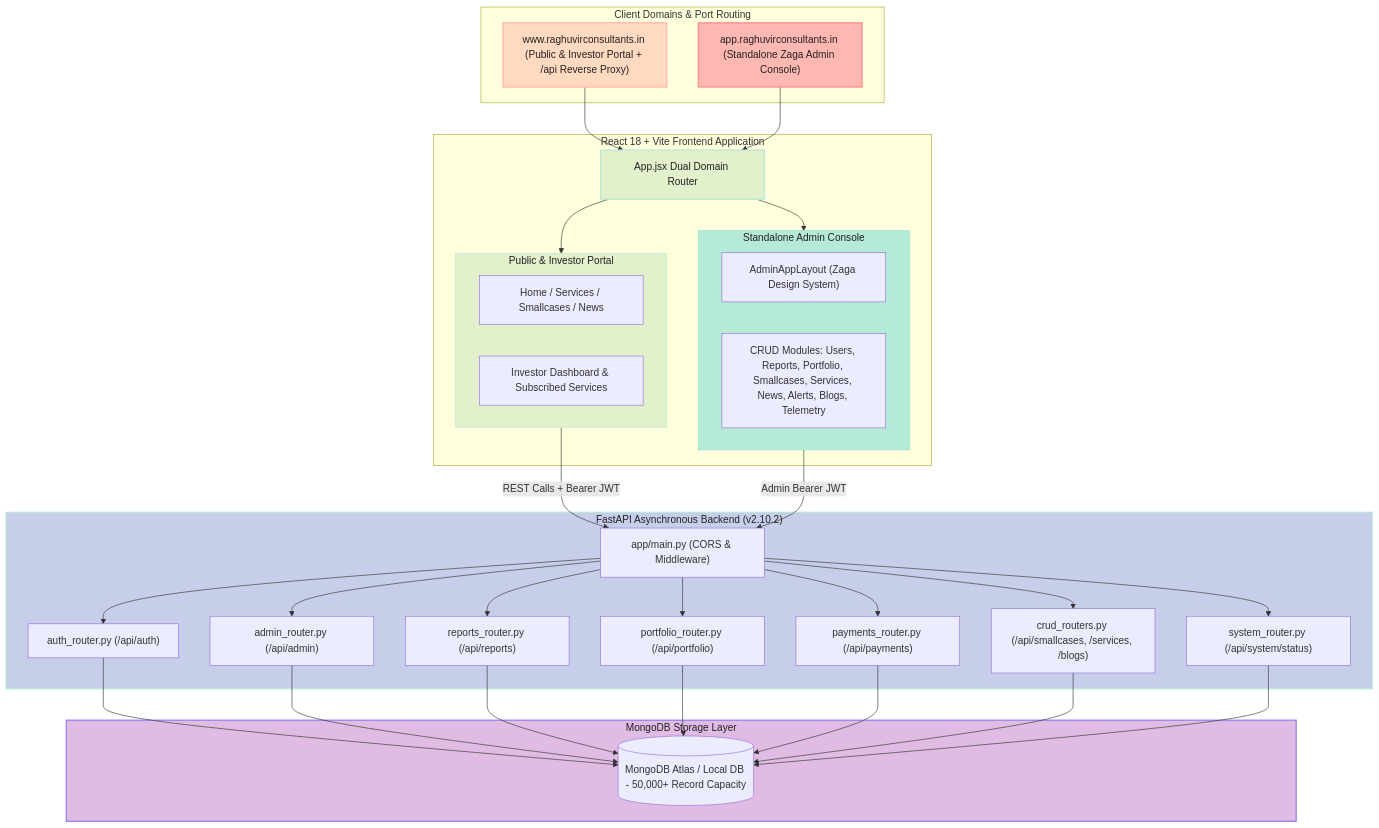
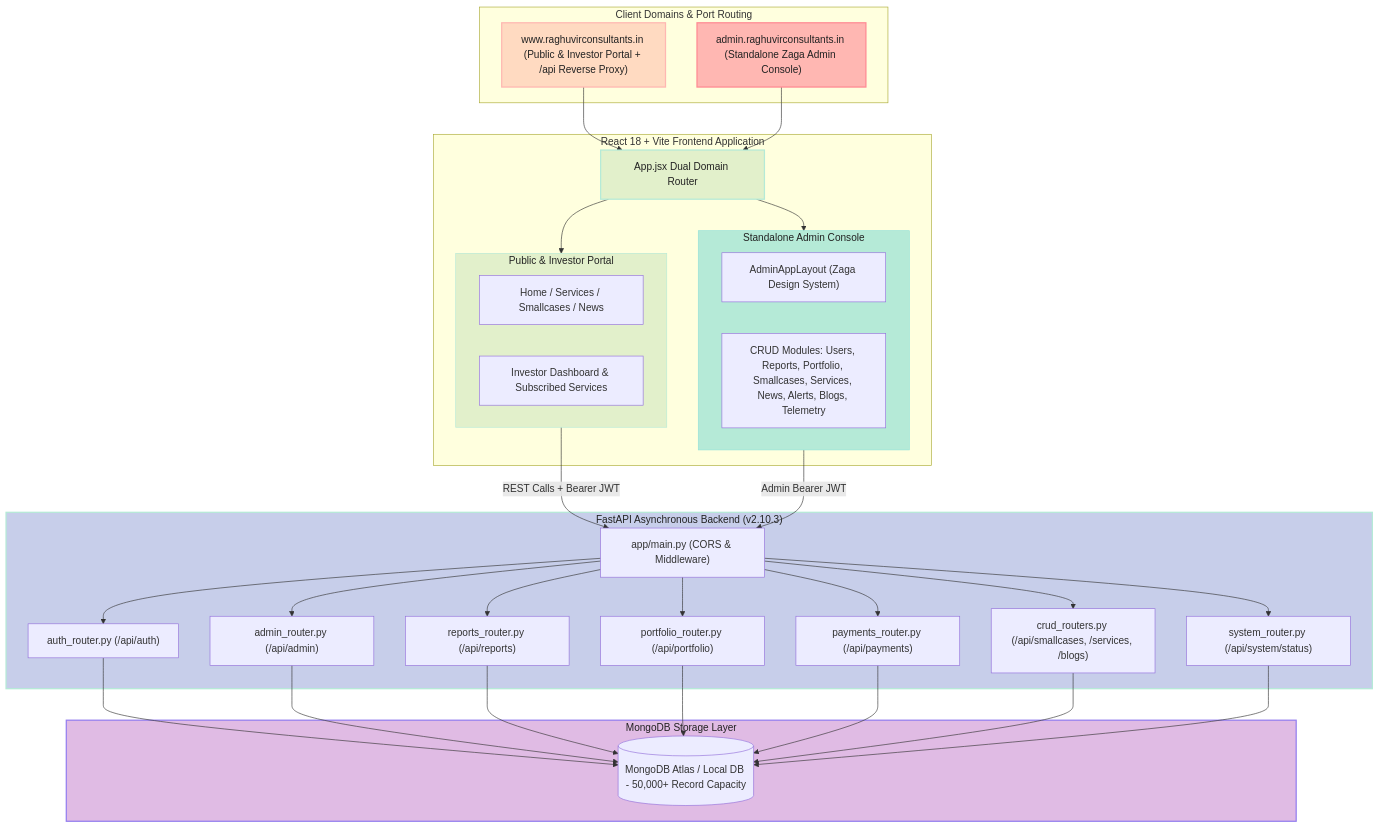
The first of 2 diagrams in backend/docs/ARCHITECTURE.md (tejasrsuthar/raghuvirconsultants-site), drawn with Mermaid before and after one commit. The commit also changed other lines of this file and 6 other files, not shown here.

Commit message:
feat(domain): switch admin production domain to https://admin.raghuvirconsultants.in, bump version to 2.10.3

````diff
--- a/backend/docs/ARCHITECTURE.md
+++ b/backend/docs/ARCHITECTURE.md
@@ -14,70 +14,70 @@
 ```mermaid
 graph TD
     subgraph ClientDomains["Client Domains & Port Routing"]
         PublicDomain["www.raghuvirconsultants.in (Public & Investor Portal + /api Reverse Proxy)"]
-        AdminDomain["app.raghuvirconsultants.in (Standalone Zaga Admin Console)"]
+        AdminDomain["admin.raghuvirconsultants.in (Standalone Zaga Admin Console)"]
     end
 
     subgraph ReactFrontend["React 18 + Vite Frontend Application"]
         AppRouter["App.jsx Dual Domain Router"]
         
         subgraph PublicPortal["Public & Investor Portal"]
           PublicViews["Home / Services / Smallcases / News"]
           InvestorPortal["Investor Dashboard & Subscribed Services"]
         end
 
         subgraph ZagaAdmin["Standalone Admin Console"]
           AdminLayout["AdminAppLayout (Zaga Design System)"]
           AdminModules["CRUD Modules: Users, Reports, Portfolio, Smallcases, Services, News, Alerts, Blogs, Telemetry"]
         end
       end
 
-    subgraph FastAPIServer["FastAPI Asynchronous Backend (v2.10.2)"]
+    subgraph FastAPIServer["FastAPI Asynchronous Backend (v2.10.3)"]
         API["app/main.py (CORS & Middleware)"]
         AuthRouter["auth_router.py (/api/auth)"]
         AdminRouter["admin_router.py (/api/admin)"]
         ReportsRouter["reports_router.py (/api/reports)"]
         PortfolioRouter["portfolio_router.py (/api/portfolio)"]
         PaymentsRouter["payments_router.py (/api/payments)"]
         CRUDRouters["crud_routers.py (/api/smallcases, /services, /blogs)"]
         SystemRouter["system_router.py (/api/system/status)"]
     end
 
     subgraph DataStore["MongoDB Storage Layer"]
         MongoDB[(MongoDB Atlas / Local DB - 50,000+ Record Capacity)]
     end
 
     PublicDomain --> AppRouter
     AdminDomain --> AppRouter
 
     AppRouter --> PublicPortal
     AppRouter --> ZagaAdmin
 
     PublicPortal -->|REST Calls + Bearer JWT| API
     ZagaAdmin -->|Admin Bearer JWT| API
 
     API --> AuthRouter
     API --> AdminRouter
     API --> ReportsRouter
     API --> PortfolioRouter
     API --> PaymentsRouter
     API --> CRUDRouters
     API --> SystemRouter
 
     AuthRouter --> MongoDB
     AdminRouter --> MongoDB
     ReportsRouter --> MongoDB
     PortfolioRouter --> MongoDB
     PaymentsRouter --> MongoDB
     CRUDRouters --> MongoDB
     SystemRouter --> MongoDB
 
     %% Pastel Color Palette Styling
     style PublicDomain fill:#FFDAC1,stroke:#FFB7B2,stroke-width:2px,color:#222;
     style AdminDomain fill:#FFB7B2,stroke:#FF8B94,stroke-width:2px,color:#222;
     style AppRouter fill:#E2F0CB,stroke:#B5EAD7,stroke-width:2px,color:#222;
     style PublicPortal fill:#E2F0CB,stroke:#B5EAD7,stroke-width:1px,color:#222;
     style ZagaAdmin fill:#B5EAD7,stroke:#93E1D8,stroke-width:1px,color:#222;
     style FastAPIServer fill:#C7CEEA,stroke:#B5EAD7,stroke-width:2px,color:#222;
     style DataStore fill:#E0BBE4,stroke:#957FEF,stroke-width:2px,color:#222;
 ```
````
